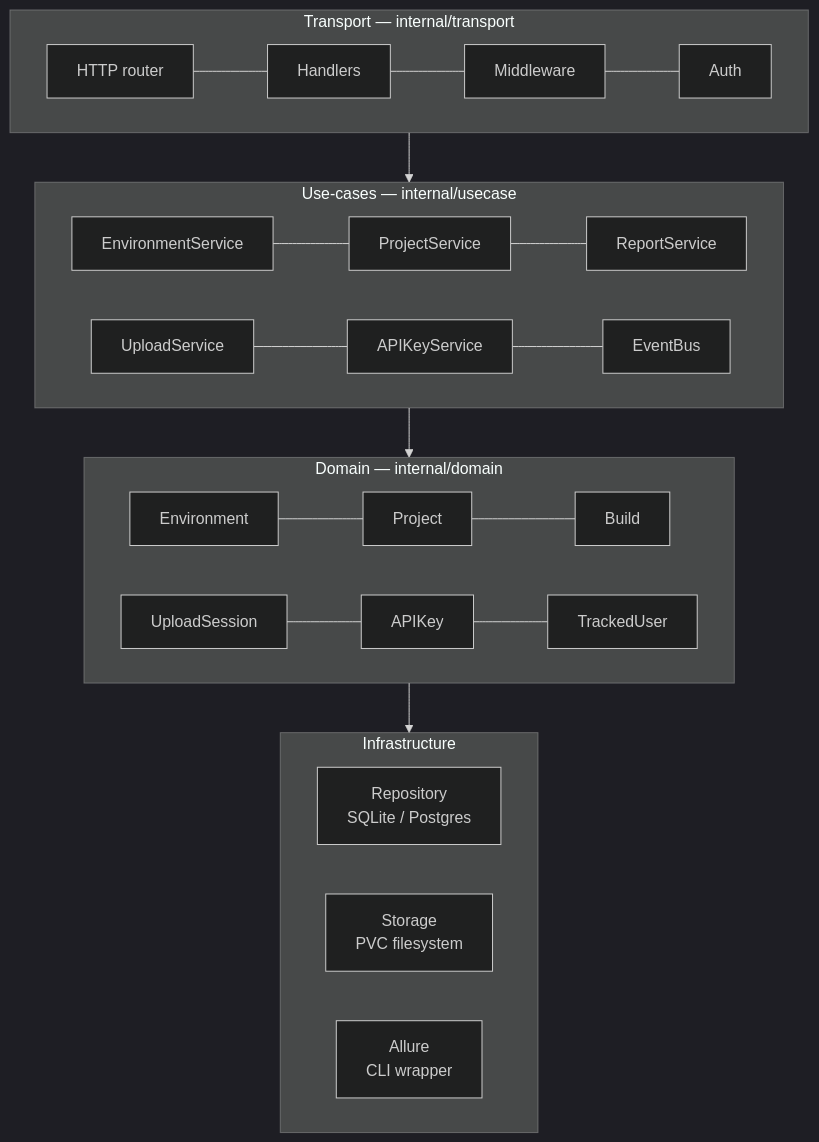
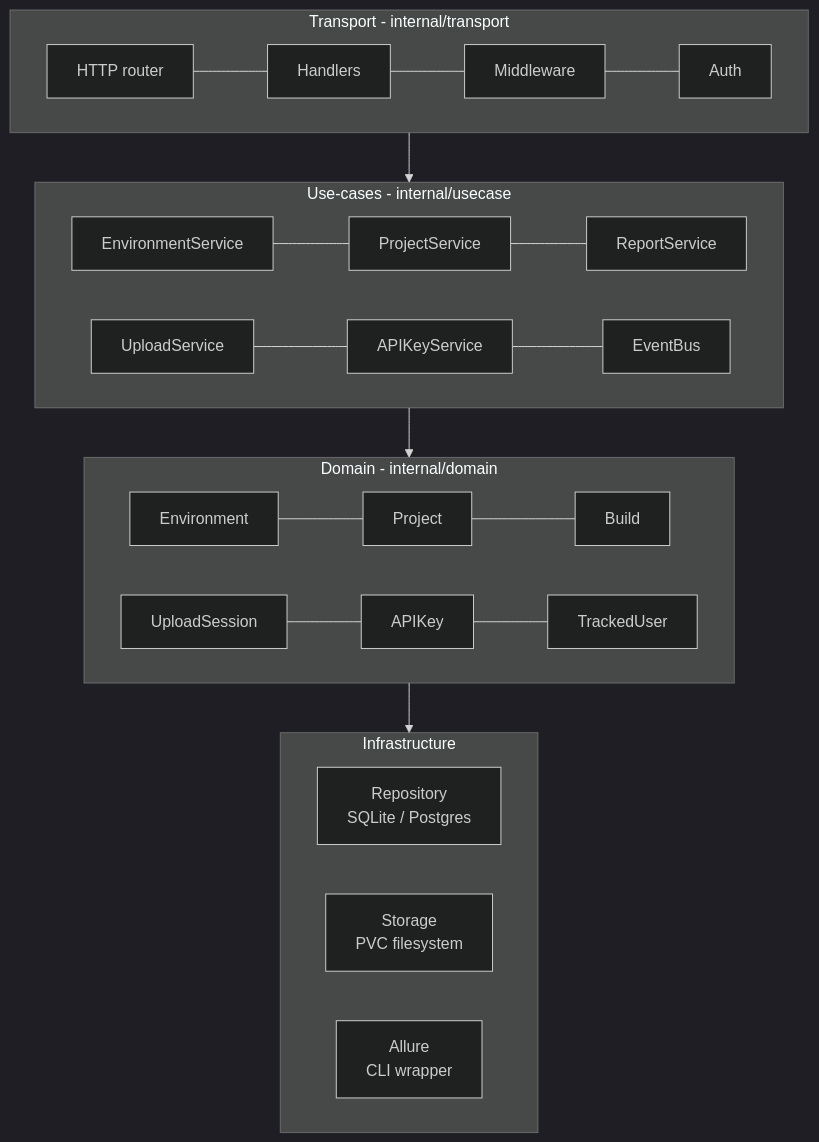
One commit to tlmanz/allure-hub changed the first of 2 diagrams in docs/index.md. Above: the diagram before and after it, drawn with Mermaid (dark theme). The commit also changed other lines of this file and 46 other files, not shown here.

````diff
--- a/docs/index.md
+++ b/docs/index.md
@@ -24,21 +24,21 @@
 ```mermaid
 flowchart TD
-    subgraph T["Transport — internal/transport"]
+    subgraph T["Transport - internal/transport"]
         t1[HTTP router] --- t2[Handlers] --- t3[Middleware] --- t4[Auth]
     end
-    subgraph U["Use-cases — internal/usecase"]
+    subgraph U["Use-cases - internal/usecase"]
         u1[EnvironmentService] --- u2[ProjectService] --- u3[ReportService]
         u4[UploadService] --- u5[APIKeyService] --- u6[EventBus]
     end
-    subgraph D["Domain — internal/domain"]
+    subgraph D["Domain - internal/domain"]
         d1[Environment] --- d2[Project] --- d3[Build]
         d4[UploadSession] --- d5[APIKey] --- d6[TrackedUser]
     end
     subgraph I["Infrastructure"]
         r[Repository\nSQLite / Postgres]
         s[Storage\nPVC filesystem]
         a[Allure\nCLI wrapper]
     end
 
     T --> U --> D --> I
 ```
````
